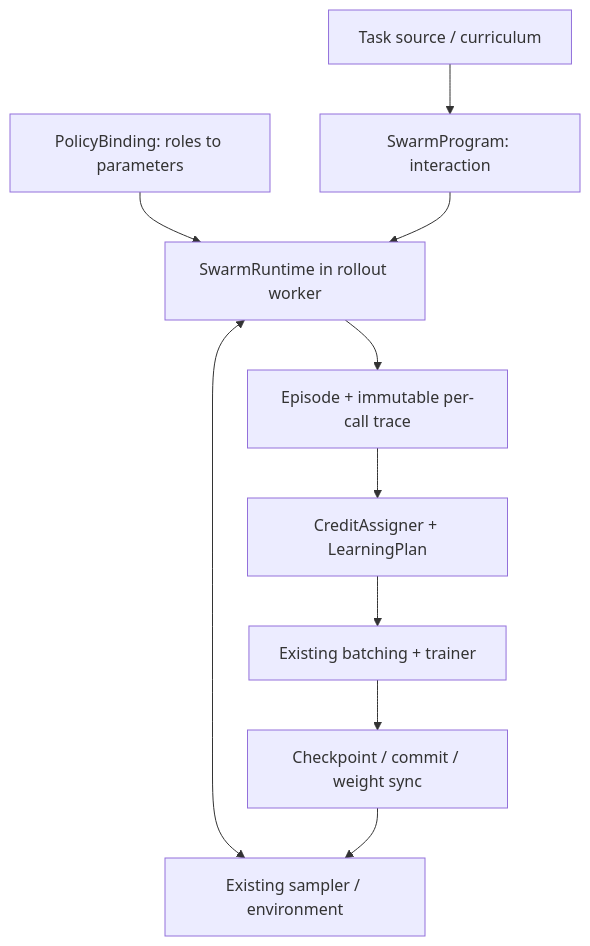
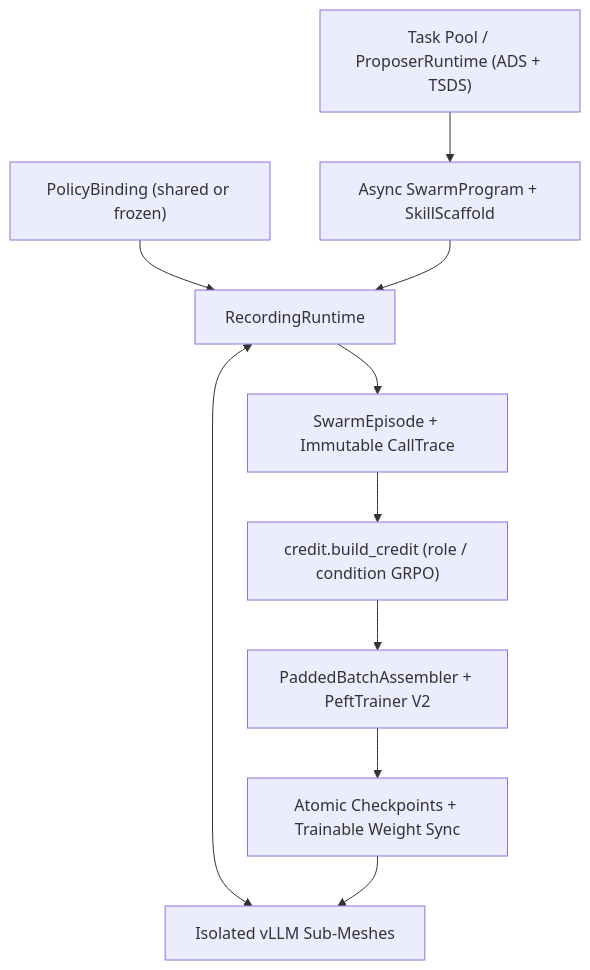
Before and after one commit to google/tunix: the second of 2 diagrams in docs/swarm_training_overview.md, drawn with Mermaid. The commit also changed other lines of this file and 20 other files, not shown here.

Commit message:
Implement Full R2Orch two-timescale self-play (Proposer, SkillScaffold, PATS) & 128-chip TPU v5p validation

````diff
--- a/docs/swarm_training_overview.md
+++ b/docs/swarm_training_overview.md
@@ -31,12 +25,12 @@
 ```mermaid
 flowchart TD
-    C[Task source / curriculum] --> P[SwarmProgram: interaction]
-    B[PolicyBinding: roles to parameters] --> R[SwarmRuntime in rollout worker]
+    C["Task Pool / ProposerRuntime (ADS + TSDS)"] --> P["Async SwarmProgram + SkillScaffold"]
+    B["PolicyBinding (shared or frozen)"] --> R["RecordingRuntime"]
     P --> R
-    R <--> S[Existing sampler / environment]
-    R --> T[Episode + immutable per-call trace]
-    T --> L[CreditAssigner + LearningPlan]
-    L --> D[Existing batching + trainer]
-    D --> K[Checkpoint / commit / weight sync]
+    R <--> S["Isolated vLLM Sub-Meshes"]
+    R --> T["SwarmEpisode + Immutable CallTrace"]
+    T --> L["credit.build_credit (role / condition GRPO)"]
+    L --> D["PaddedBatchAssembler + PeftTrainer V2"]
+    D --> K["Atomic Checkpoints + Trainable Weight Sync"]
     K --> S
 ```
````
